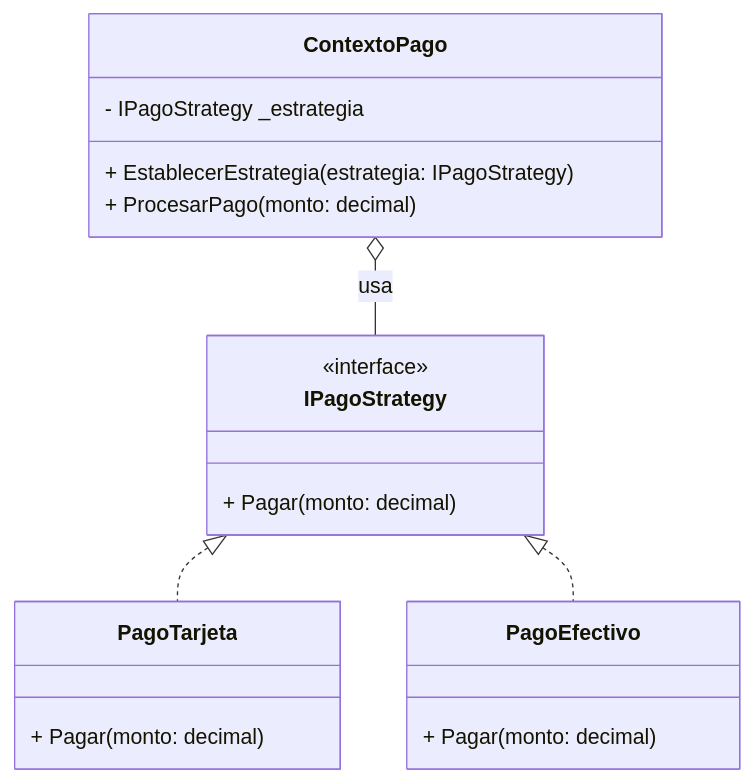
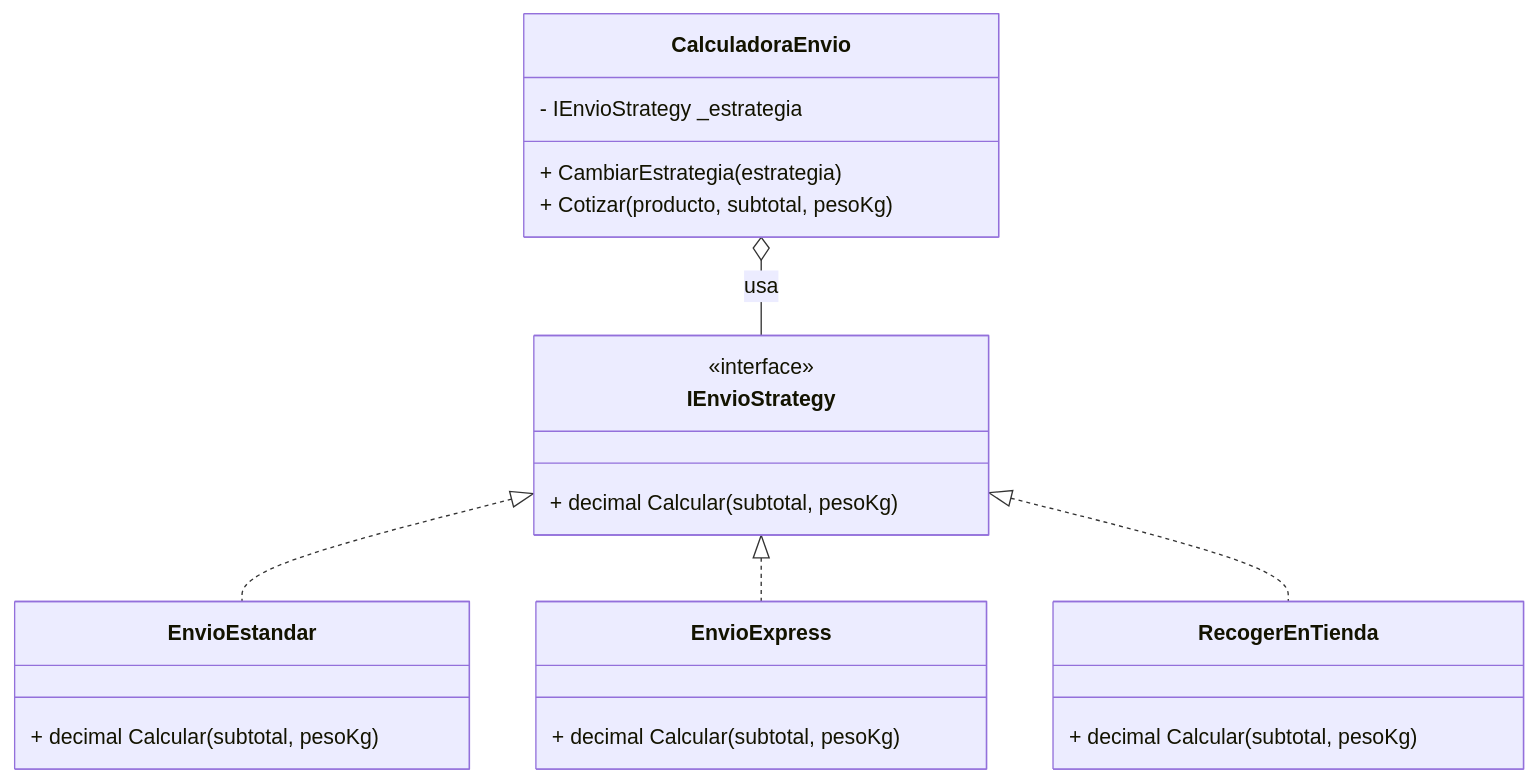
The fourth of 4 diagrams in README.md (Chienwei82/DesignPatterns), drawn with Mermaid before and after one commit. The commit also changed other lines of this file and 22 other files, not shown here.

````diff
--- a/README.md
+++ b/README.md
@@ -178,22 +180,25 @@
 ```mermaid
 classDiagram
-    class IPagoStrategy {
+    class IEnvioStrategy {
         <<interface>>
-        + Pagar(monto: decimal)
+        + decimal Calcular(subtotal, pesoKg)
     }
-    class PagoTarjeta {
-        + Pagar(monto: decimal)
+    class EnvioEstandar {
+        + decimal Calcular(subtotal, pesoKg)
     }
-    class PagoEfectivo {
-        + Pagar(monto: decimal)
+    class EnvioExpress {
+        + decimal Calcular(subtotal, pesoKg)
     }
-    class ContextoPago {
-        - IPagoStrategy _estrategia
-        + EstablecerEstrategia(estrategia: IPagoStrategy)
-        + ProcesarPago(monto: decimal)
+    class RecogerEnTienda {
+        + decimal Calcular(subtotal, pesoKg)
     }
-
-    IPagoStrategy <|.. PagoTarjeta
-    IPagoStrategy <|.. PagoEfectivo
-    ContextoPago o-- IPagoStrategy : usa
+    class CalculadoraEnvio {
+        - IEnvioStrategy _estrategia
+        + CambiarEstrategia(estrategia)
+        + Cotizar(producto, subtotal, pesoKg)
+    }
+    IEnvioStrategy <|.. EnvioEstandar
+    IEnvioStrategy <|.. EnvioExpress
+    IEnvioStrategy <|.. RecogerEnTienda
+    CalculadoraEnvio o-- IEnvioStrategy : usa
 ```
````
